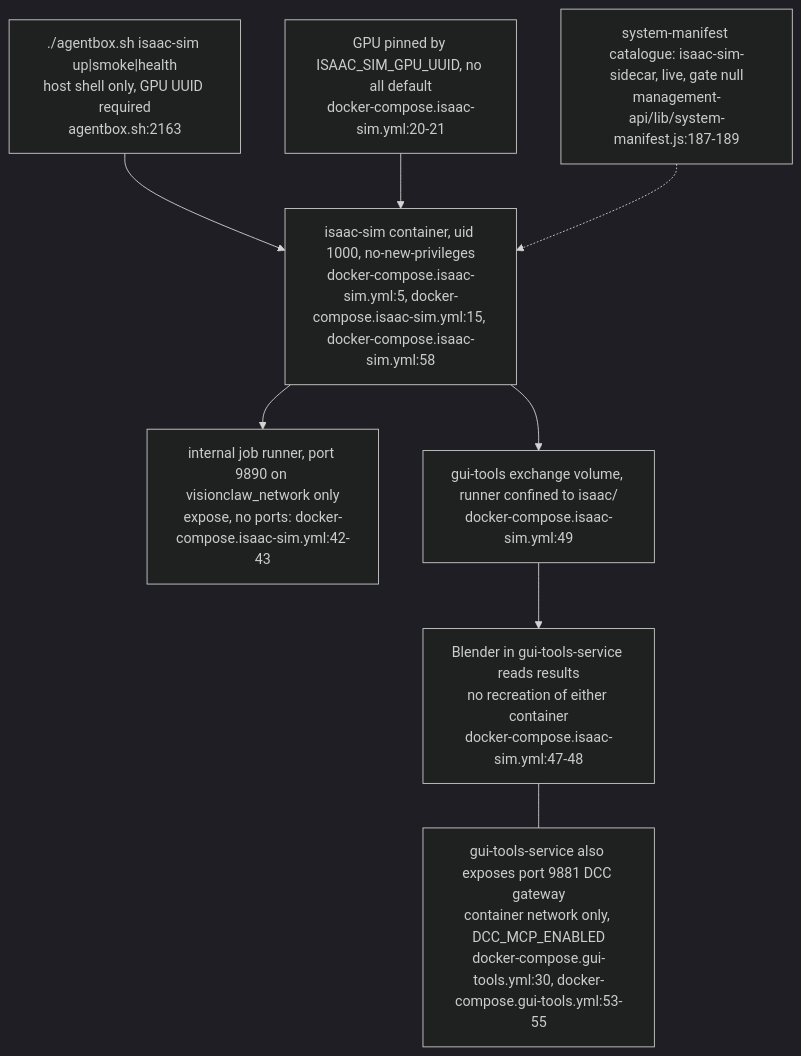
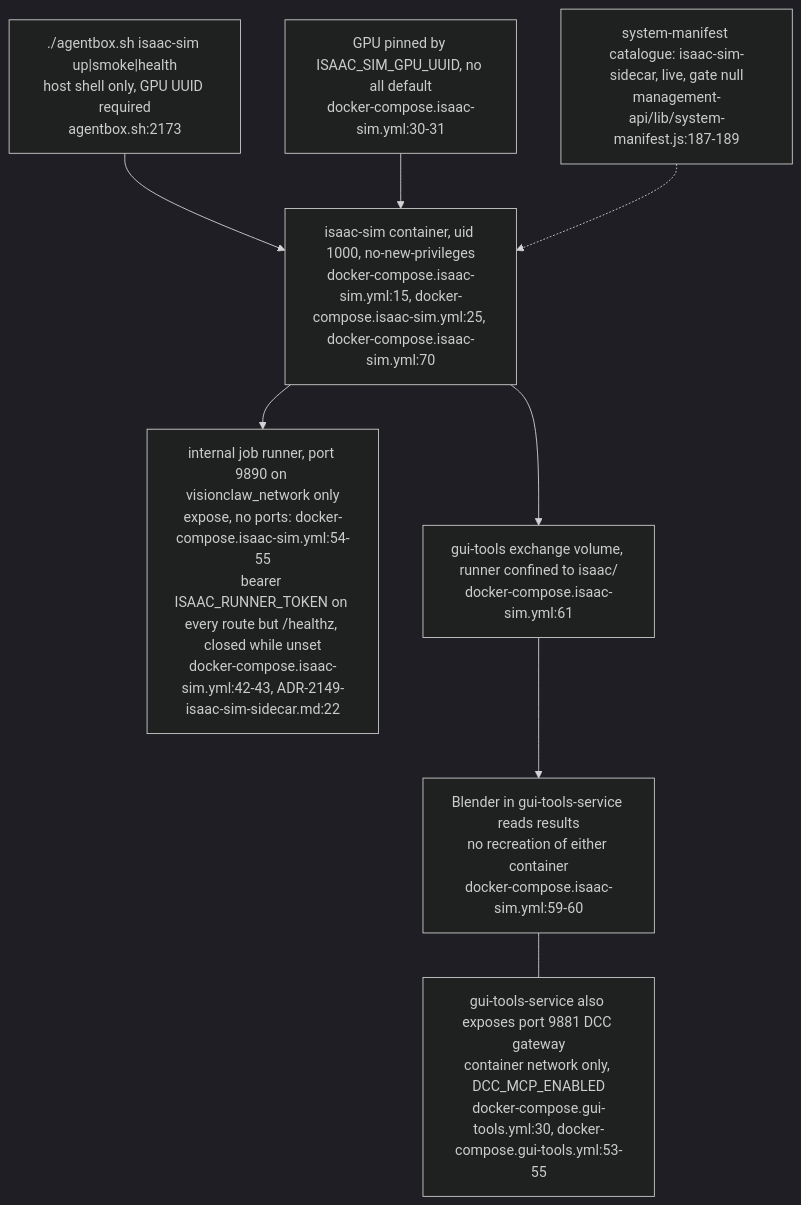
Diagram 14 of 14 in docs/diagrams/agentbox/27-media-gpu-capability-services.md (DreamLab-AI/VisionFlow), drawn with Mermaid (dark theme) before and after one commit. The commit also changed other lines of this file and 7 other files, not shown here.

````diff
--- a/docs/diagrams/agentbox/27-media-gpu-capability-services.md
+++ b/docs/diagrams/agentbox/27-media-gpu-capability-services.md
@@ -556,18 +556,18 @@
 ```mermaid
 flowchart TB
-    CLI["./agentbox.sh isaac-sim up|smoke|health<br/>host shell only, GPU UUID required<br/>agentbox.sh:2163"]
-    SVC["isaac-sim container, uid 1000, no-new-privileges<br/>docker-compose.isaac-sim.yml:5, docker-compose.isaac-sim.yml:15, docker-compose.isaac-sim.yml:58"]
-    GPU["GPU pinned by ISAAC_SIM_GPU_UUID, no all default<br/>docker-compose.isaac-sim.yml:20-21"]
-    RUN["internal job runner, port 9890 on visionclaw_network only<br/>expose, no ports: docker-compose.isaac-sim.yml:42-43"]
-    VOL["gui-tools exchange volume, runner confined to isaac/<br/>docker-compose.isaac-sim.yml:49"]
-    BLD["Blender in gui-tools-service reads results<br/>no recreation of either container<br/>docker-compose.isaac-sim.yml:47-48"]
+    CLI["./agentbox.sh isaac-sim up|smoke|health<br/>host shell only, GPU UUID required<br/>agentbox.sh:2173"]
+    SVC["isaac-sim container, uid 1000, no-new-privileges<br/>docker-compose.isaac-sim.yml:15, docker-compose.isaac-sim.yml:25, docker-compose.isaac-sim.yml:70"]
+    GPU["GPU pinned by ISAAC_SIM_GPU_UUID, no all default<br/>docker-compose.isaac-sim.yml:30-31"]
+    RUN["internal job runner, port 9890 on visionclaw_network only<br/>expose, no ports: docker-compose.isaac-sim.yml:54-55<br/>bearer ISAAC_RUNNER_TOKEN on every route but /healthz, closed while unset<br/>docker-compose.isaac-sim.yml:42-43, ADR-2149-isaac-sim-sidecar.md:22"]
+    VOL["gui-tools exchange volume, runner confined to isaac/<br/>docker-compose.isaac-sim.yml:61"]
+    BLD["Blender in gui-tools-service reads results<br/>no recreation of either container<br/>docker-compose.isaac-sim.yml:59-60"]
     DCC["gui-tools-service also exposes port 9881 DCC gateway<br/>container network only, DCC_MCP_ENABLED<br/>docker-compose.gui-tools.yml:30, docker-compose.gui-tools.yml:53-55"]
     CAT["system-manifest catalogue: isaac-sim-sidecar, live, gate null<br/>management-api/lib/system-manifest.js:187-189"]
     CLI --> SVC
     GPU --> SVC
     SVC --> RUN
     SVC --> VOL
     VOL --> BLD
     BLD --- DCC
     CAT -.-> SVC
 ```
````
